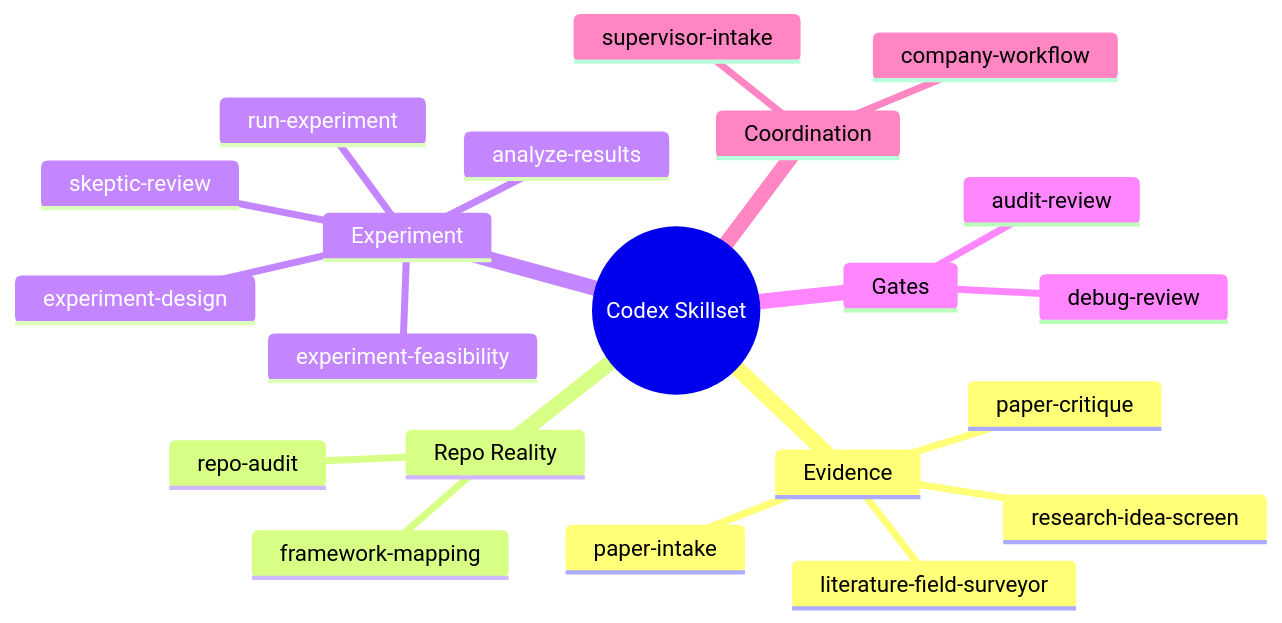
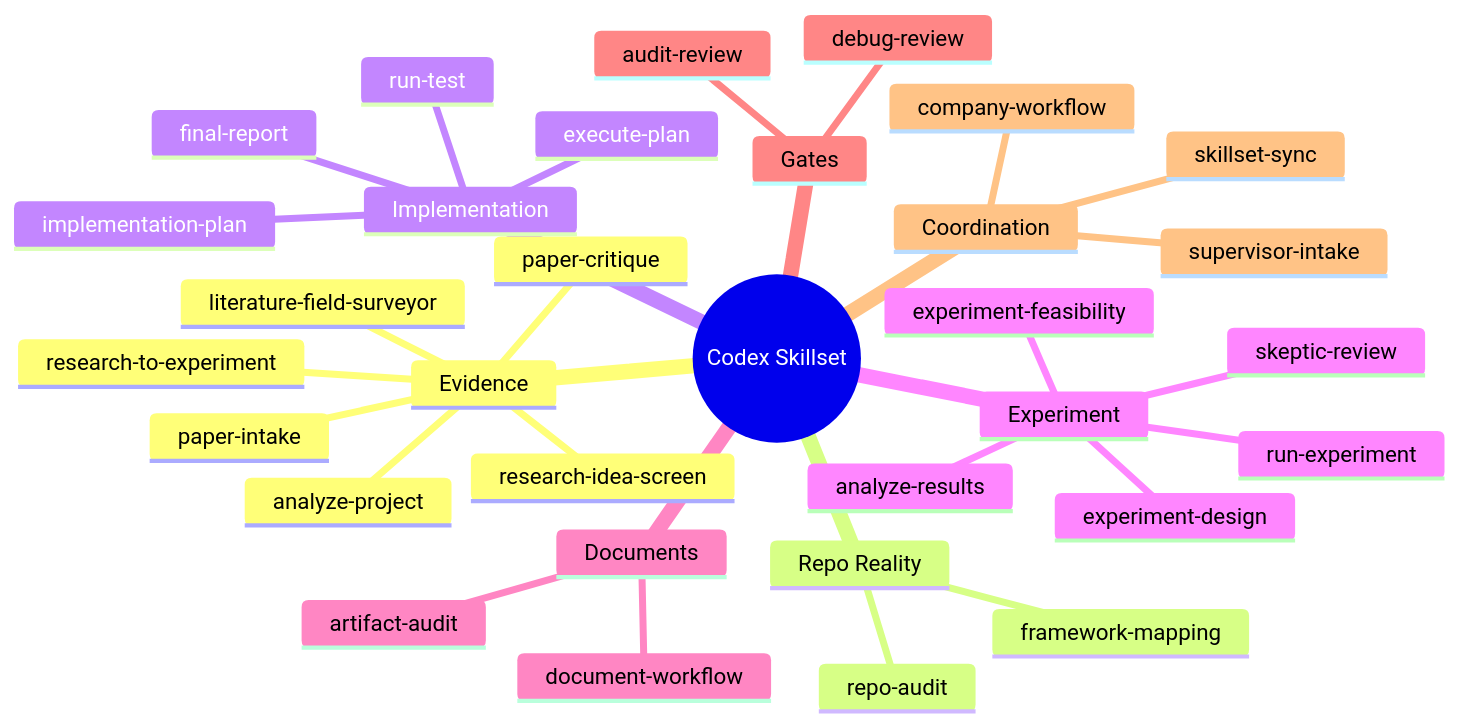
The ninth of 9 diagrams in README.md (woosook0127/Codex_Skillset), drawn with Mermaid before and after one commit. The commit also changed other lines of this file and 13 other files, not shown here.

Commit message:
Merge Claude workflow skills into Codex skillset

````diff
--- a/README.md
+++ b/README.md
@@ -339,24 +437,35 @@
 ```mermaid
 mindmap
   root((Codex Skillset))
     Evidence
+      analyze-project
+      research-to-experiment
       literature-field-surveyor
       paper-intake
       paper-critique
       research-idea-screen
     Repo Reality
       repo-audit
       framework-mapping
+    Implementation
+      implementation-plan
+      execute-plan
+      run-test
+      final-report
     Experiment
       experiment-design
       experiment-feasibility
       run-experiment
       analyze-results
       skeptic-review
+    Documents
+      document-workflow
+      artifact-audit
     Gates
       debug-review
       audit-review
     Coordination
       company-workflow
       supervisor-intake
+      skillset-sync
 ```
````
